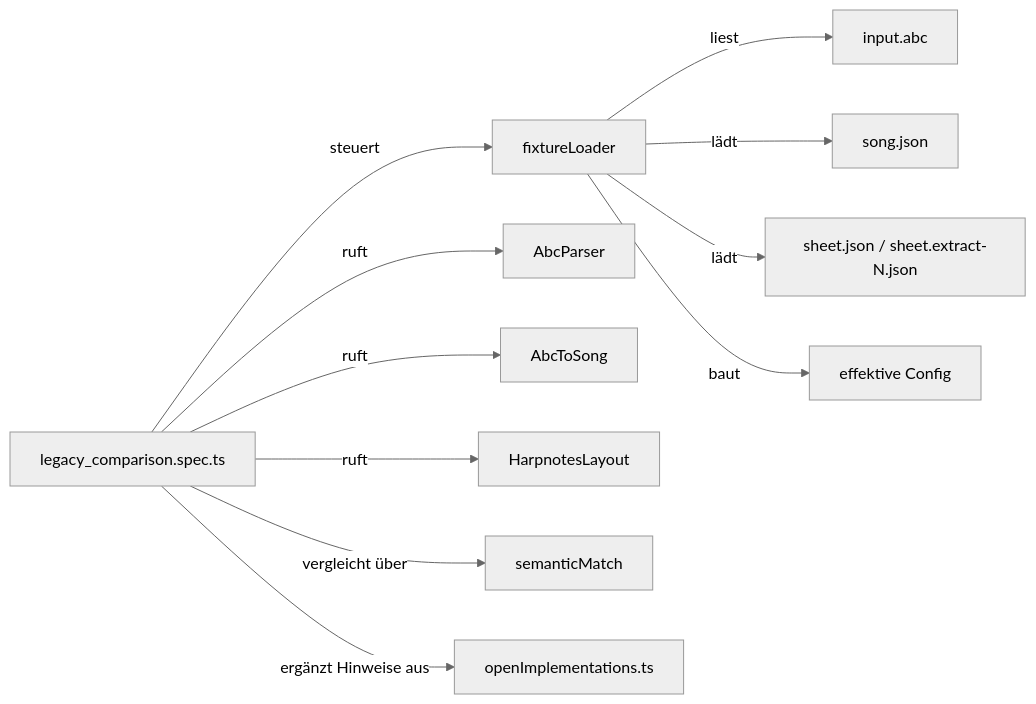
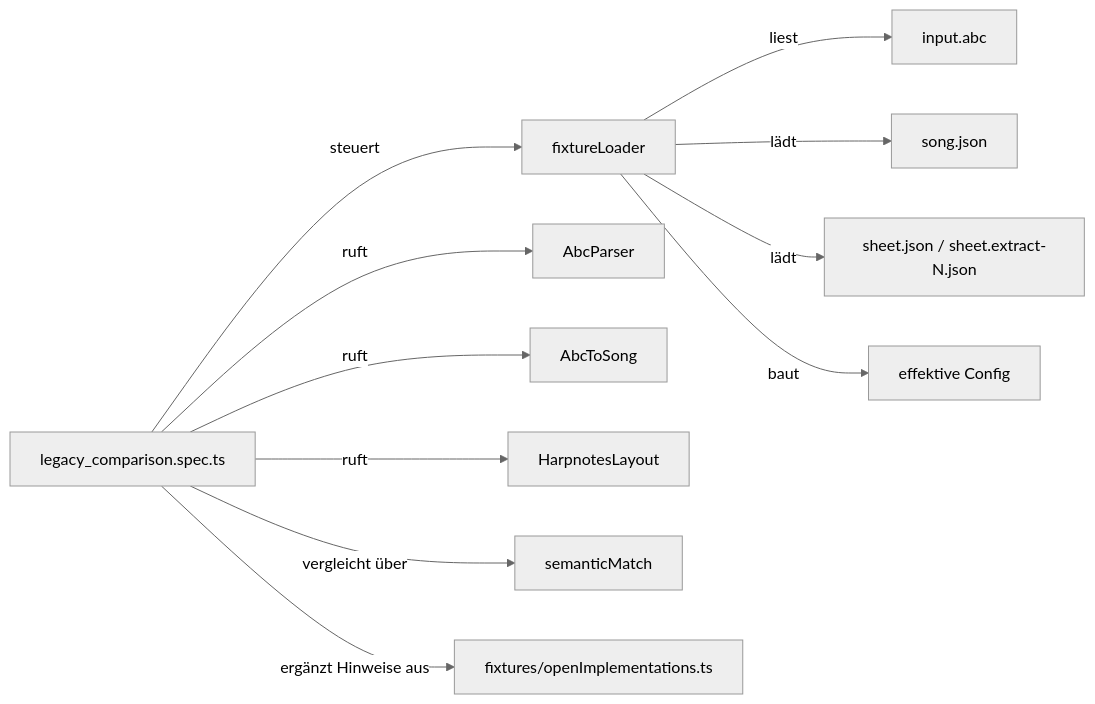
The fourth of 4 diagrams in docs/testing/fixture-driven-testing.md (bwl21/zupfnoter-ts), drawn with Mermaid (neutral theme) before and after one commit. The commit also changed other lines of this file and 7 other files, not shown here.

````diff
--- a/docs/testing/fixture-driven-testing.md
+++ b/docs/testing/fixture-driven-testing.md
@@ -141,13 +141,13 @@
 ```mermaid
 flowchart LR
   A[fixtureLoader] -->|liest| B[input.abc]
   A -->|lädt| C[song.json]
   A -->|lädt| D[sheet.json / sheet.extract-N.json]
   A -->|baut| E[effektive Config]
   F[legacy_comparison.spec.ts] -->|steuert| A
   F -->|ruft| G[AbcParser]
   F -->|ruft| H[AbcToSong]
   F -->|ruft| I[HarpnotesLayout]
   F -->|vergleicht über| J[semanticMatch]
-  F -->|ergänzt Hinweise aus| K[openImplementations.ts]
+  F -->|ergänzt Hinweise aus| K[fixtures/openImplementations.ts]
 ```
````
